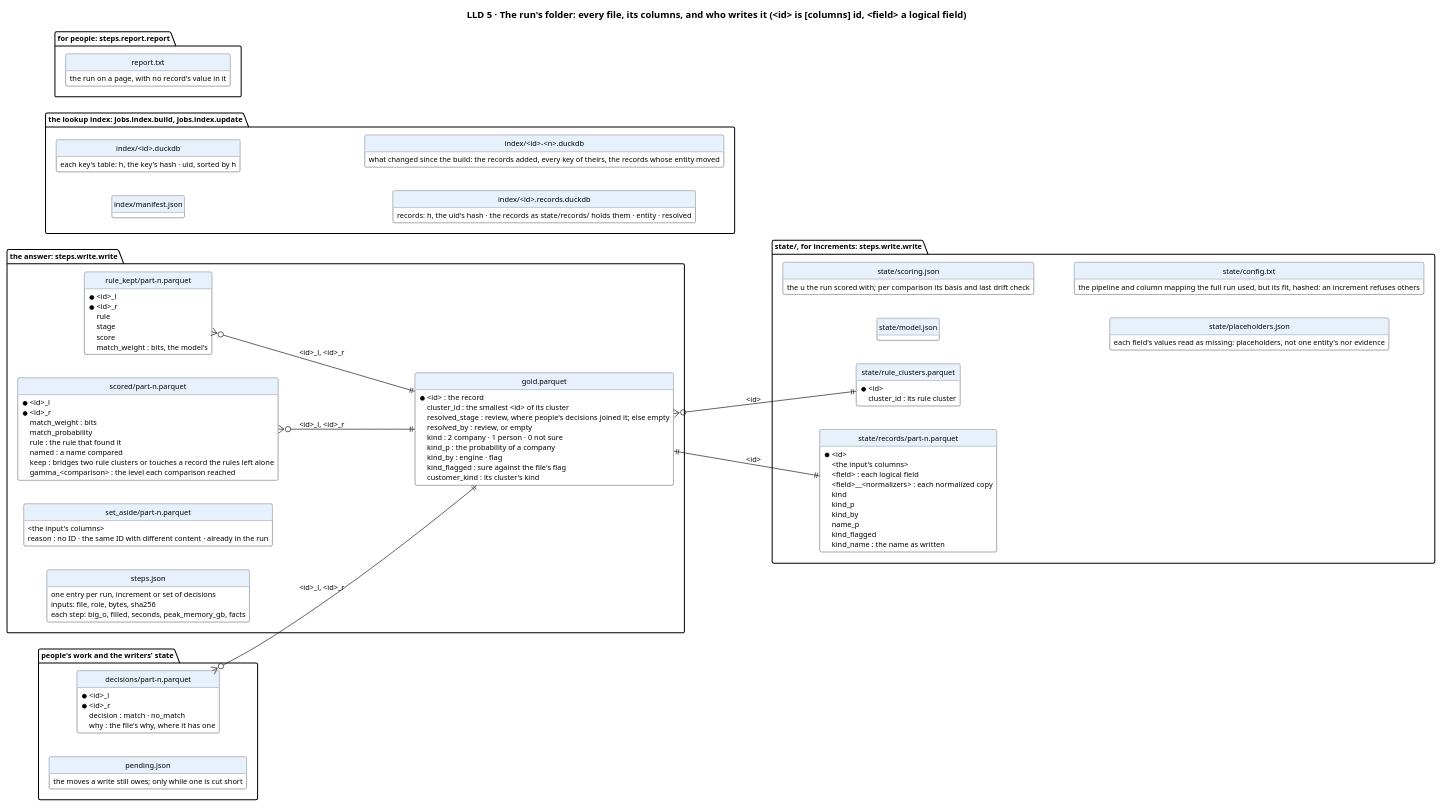
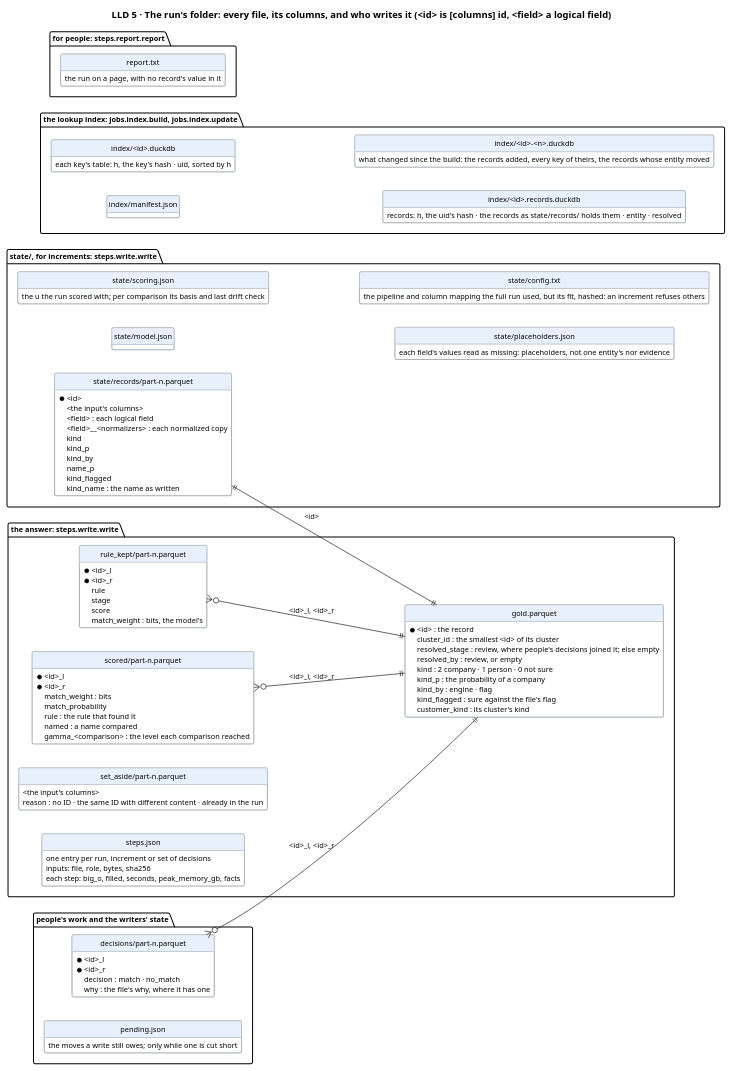
Before and after one commit to mvsbm/entity_matching: the diagram in docs/diagrams/data.puml, drawn with PlantUML. The commit also changed 25 other files, not shown here.

```diff
--- a/docs/diagrams/data.puml
+++ b/docs/diagrams/data.puml
@@ -1,125 +1,119 @@
 @startuml data
 title LLD 5 · The run's folder: every file, its columns, and who writes it (<id> is [columns] id, <field> a logical field)
 set namespaceSeparator none
 left to right direction
 hide circle
 hide methods
 skinparam defaultFontSize 11
 skinparam class {
   BackgroundColor #FFFFFF
   BorderColor #65717E
   HeaderBackgroundColor #E8F1FB
 }
 
 package "the answer: steps.write.write" {
   entity "gold.parquet" as gold {
     * <id> : the record
     cluster_id : the smallest <id> of its cluster
     resolved_stage : review, where people's decisions joined it; else empty
     resolved_by : review, or empty
     kind : 2 company · 1 person · 0 not sure
     kind_p : the probability of a company
     kind_by : engine · flag
     kind_flagged : sure against the file's flag
     customer_kind : its cluster's kind
   }
   entity "rule_kept/part-n.parquet" as rule_kept {
     * <id>_l
     * <id>_r
     rule
     stage
     score
     match_weight : bits, the model's
   }
   entity "scored/part-n.parquet" as scored {
     * <id>_l
     * <id>_r
     match_weight : bits
     match_probability
     sources : the generators that found the pair (none: a rule alone)
     rule : the rule that found it
     named : a name compared
-    keep : bridges two rule clusters or touches a record the rules left alone
     gamma_<comparison> : the level each comparison reached
   }
   entity "set_aside/part-n.parquet" as set_aside {
     <the input's columns>
     reason : no ID · the same ID with different content · already in the run
   }
   entity "steps.json" as steps {
     one entry per run, increment or set of decisions
     inputs: file, role, bytes, sha256
     each step: big_o, filled, seconds, peak_memory_gb, facts
   }
 }
 
 package "state/, for increments: steps.write.write" {
   entity "state/records/part-n.parquet" as records {
     * <id>
     <the input's columns>
     <field> : each logical field
     <field>__<normalizers> : each normalized copy
     kind
     kind_p
     kind_by
     name_p
     kind_flagged
     kind_name : the name as written
-  }
-  entity "state/rule_clusters.parquet" as rule_clusters {
-    * <id>
-    cluster_id : its rule cluster
   }
   entity "state/model.json" as model {
     the model: λ, m and u per level (in Splink 5.0's model format), the fit's facts
   }
   entity "state/scoring.json" as scoring {
     the u the run scored with; per comparison its basis and last drift check
   }
   entity "state/placeholders.json" as placeholders {
     each field's values read as missing: placeholders, not one entity's nor evidence
   }
   entity "state/config.txt" as config {
     the pipeline and column mapping the full run used, but its fit, hashed: an increment refuses others
   }
 }
 
 package "the lookup index: jobs.index.build, jobs.index.update" {
   entity "index/manifest.json" as manifest {
     the index's files, what they rest on (each run file's size and time), its records and columns
   }
   entity "index/<id>.duckdb" as ix {
     each key's table: h, the key's hash · uid, sorted by h
   }
   entity "index/<id>.records.duckdb" as ixr {
     records: h, the uid's hash · the records as state/records/ holds them · entity · resolved
   }
   entity "index/<id>-<n>.duckdb" as dx {
     what changed since the build: the records added, every key of theirs, the records whose entity moved
   }
 }
 
 package "for people: steps.report.report" {
   entity "report.txt" as report {
     the run on a page, with no record's value in it
   }
 }
 
 package "people's work and the writers' state" {
   entity "decisions/part-n.parquet" as decisions {
     * <id>_l
     * <id>_r
     decision : match · no_match
     why : the file's why, where it has one
   }
   entity "pending.json" as pending {
     the moves a write still owes; only while one is cut short
   }
 }
 
-gold }o--|| rule_clusters : <id>
 rule_kept }o--|| gold : <id>_l, <id>_r
 scored }o--|| gold : <id>_l, <id>_r
 records ||--|| gold : <id>
 decisions }o--|| gold : <id>_l, <id>_r
 @enduml
```
